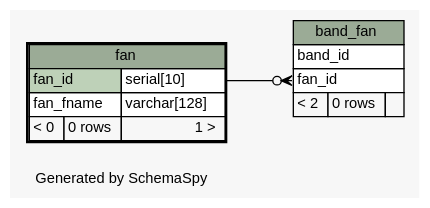
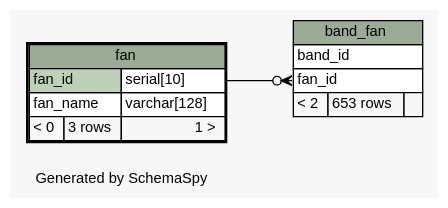
One commit to biodavidjm/garbage-code changed the diagram in database/see_djmusic/diagrams/fan.1degree.dot. Above: the diagram before and after it, drawn with Graphviz. The commit also changed 155 other files, not shown here.

First line of the commit message:
New Schema View of the last djmusic version

```diff
--- a/database/see_djmusic/diagrams/fan.1degree.dot
+++ b/database/see_djmusic/diagrams/fan.1degree.dot
@@ -1,45 +1,45 @@
-// dot 2.38.0 on Mac OS X 10.9.3
+// dot 2.38.0 on Mac OS X 10.9.4
 // SchemaSpy rev 590
 digraph "oneDegreeRelationshipsDiagram" {
   graph [
     rankdir="RL"
     bgcolor="#f7f7f7"
     label="\nGenerated by SchemaSpy"
     labeljust="l"
     nodesep="0.18"
     ranksep="0.46"
     fontname="Helvetica"
     fontsize="11"
   ];
   node [
     fontname="Helvetica"
     fontsize="11"
     shape="plaintext"
   ];
   edge [
     arrowsize="0.8"
   ];
   "band_fan":"fan_id":w -> "fan":"fan_id.type":e [arrowhead=none dir=back arrowtail=crowodot];
   "band_fan" [
     label=<
     <TABLE BORDER="0" CELLBORDER="1" CELLSPACING="0" BGCOLOR="#ffffff">
       <TR><TD COLSPAN="3" BGCOLOR="#9bab96" ALIGN="CENTER">band_fan</TD></TR>
       <TR><TD PORT="band_id" COLSPAN="3" ALIGN="LEFT">band_id</TD></TR>
       <TR><TD PORT="fan_id" COLSPAN="3" ALIGN="LEFT">fan_id</TD></TR>
-      <TR><TD ALIGN="LEFT" BGCOLOR="#f7f7f7">&lt; 2</TD><TD ALIGN="RIGHT" BGCOLOR="#f7f7f7">0 rows</TD><TD ALIGN="RIGHT" BGCOLOR="#f7f7f7">  </TD></TR>
+      <TR><TD ALIGN="LEFT" BGCOLOR="#f7f7f7">&lt; 2</TD><TD ALIGN="RIGHT" BGCOLOR="#f7f7f7">653 rows</TD><TD ALIGN="RIGHT" BGCOLOR="#f7f7f7">  </TD></TR>
     </TABLE>>
     URL="band_fan.html"
     tooltip="band_fan"
   ];
   "fan" [
     label=<
     <TABLE BORDER="2" CELLBORDER="1" CELLSPACING="0" BGCOLOR="#ffffff">
       <TR><TD COLSPAN="3" BGCOLOR="#9bab96" ALIGN="CENTER">fan</TD></TR>
       <TR><TD PORT="fan_id" COLSPAN="2" BGCOLOR="#bed1b8" ALIGN="LEFT">fan_id</TD><TD PORT="fan_id.type" ALIGN="LEFT">serial[10]</TD></TR>
-      <TR><TD PORT="fan_fname" COLSPAN="2" ALIGN="LEFT">fan_fname</TD><TD PORT="fan_fname.type" ALIGN="LEFT">varchar[128]</TD></TR>
-      <TR><TD ALIGN="LEFT" BGCOLOR="#f7f7f7">&lt; 0</TD><TD ALIGN="RIGHT" BGCOLOR="#f7f7f7">0 rows</TD><TD ALIGN="RIGHT" BGCOLOR="#f7f7f7">1 &gt;</TD></TR>
+      <TR><TD PORT="fan_name" COLSPAN="2" ALIGN="LEFT">fan_name</TD><TD PORT="fan_name.type" ALIGN="LEFT">varchar[128]</TD></TR>
+      <TR><TD ALIGN="LEFT" BGCOLOR="#f7f7f7">&lt; 0</TD><TD ALIGN="RIGHT" BGCOLOR="#f7f7f7">3 rows</TD><TD ALIGN="RIGHT" BGCOLOR="#f7f7f7">1 &gt;</TD></TR>
     </TABLE>>
     URL="fan.html"
     tooltip="fan"
   ];
 }
```
